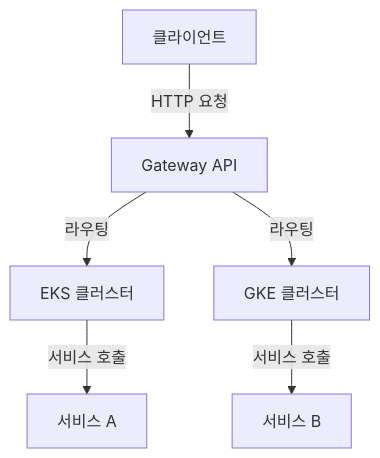
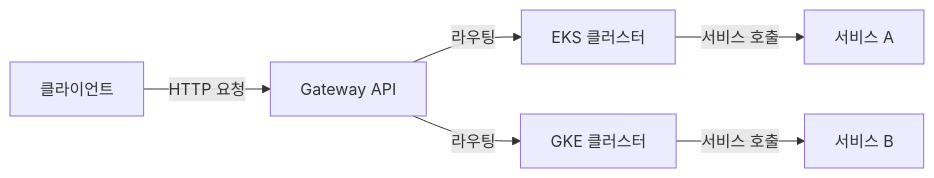
The ninth of 9 diagrams in content/post/2024/2024-08-27-kubernetes-gateway-api/index.md (42jerrykim/42jerrykim.github.io), drawn with Mermaid before and after one commit. The commit also changed other lines of this file and 239 other files, not shown here.

````diff
--- a/content/post/2024/2024-08-27-kubernetes-gateway-api/index.md
+++ b/content/post/2024/2024-08-27-kubernetes-gateway-api/index.md
@@ -929,8 +494,8 @@
 ```mermaid
-graph TD;
-    A[클라이언트] -->|HTTP 요청| B[Gateway API]
-    B -->|라우팅| C[EKS 클러스터]
-    B -->|라우팅| D[GKE 클러스터]
-    C -->|서비스 호출| E[서비스 A]
-    D -->|서비스 호출| F[서비스 B]
+graph LR
+  Client["클라이언트"] -->|"HTTP 요청"| GatewayApi["Gateway API"]
+  GatewayApi -->|"라우팅"| Eks["EKS 클러스터"]
+  GatewayApi -->|"라우팅"| Gke["GKE 클러스터"]
+  Eks -->|"서비스 호출"| SvcA["서비스 A"]
+  Gke -->|"서비스 호출"| SvcB["서비스 B"]
 ```
````
